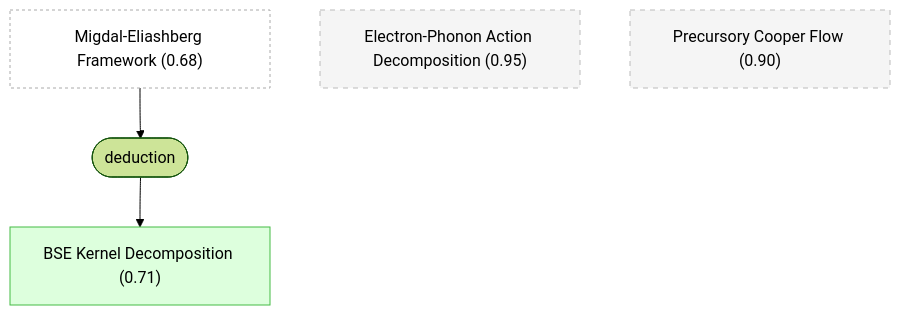
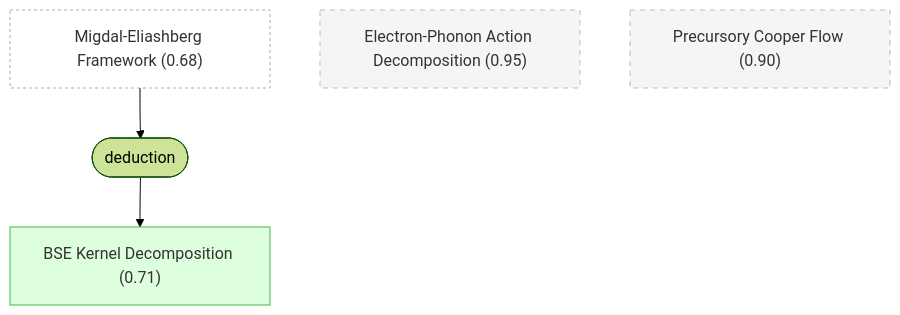
One commit to kunyuan/SuperconductivityElectronLiquids.gaia changed the second of 6 diagrams in README.md. Above: the diagram before and after it, drawn with Mermaid (forest theme). The commit also changed other lines of this file, not shown here.

Commit message:
style: regenerate README with dark text in Mermaid nodes

````diff
--- a/README.md
+++ b/README.md
@@ -195,20 +195,20 @@
 ```mermaid
 graph TD
     me_framework["Migdal-Eliashberg Framework (0.68)"]:::external
     electron_phonon_action["Electron-Phonon Action Decomposition (0.95)"]:::background
     bse_kernel_decomposition["BSE Kernel Decomposition (0.71)"]:::derived
     precursory_cooper_flow["Precursory Cooper Flow (0.90)"]:::background
     strat_1(["deduction"])
     me_framework --> strat_1
     strat_1 --> bse_kernel_decomposition
 
-    classDef setting fill:#f0f0f0,stroke:#999
-    classDef premise fill:#ddeeff,stroke:#4488bb
-    classDef derived fill:#ddffdd,stroke:#44bb44
-    classDef question fill:#fff3dd,stroke:#cc9944
-    classDef background fill:#f5f5f5,stroke:#bbb,stroke-dasharray: 5 5
-    classDef orphan fill:#fff,stroke:#ccc,stroke-dasharray: 5 5
-    classDef external fill:#fff,stroke:#aaa,stroke-dasharray: 3 3
-    classDef weak fill:#fff9c4,stroke:#f9a825,stroke-dasharray: 5 5
-    classDef contra fill:#ffebee,stroke:#c62828
+    classDef setting fill:#f0f0f0,stroke:#999,color:#333
+    classDef premise fill:#ddeeff,stroke:#4488bb,color:#333
+    classDef derived fill:#ddffdd,stroke:#44bb44,color:#333
+    classDef question fill:#fff3dd,stroke:#cc9944,color:#333
+    classDef background fill:#f5f5f5,stroke:#bbb,stroke-dasharray: 5 5,color:#333
+    classDef orphan fill:#fff,stroke:#ccc,stroke-dasharray: 5 5,color:#333
+    classDef external fill:#fff,stroke:#aaa,stroke-dasharray: 3 3,color:#333
+    classDef weak fill:#fff9c4,stroke:#f9a825,stroke-dasharray: 5 5,color:#333
+    classDef contra fill:#ffebee,stroke:#c62828,color:#333
 ```
````
